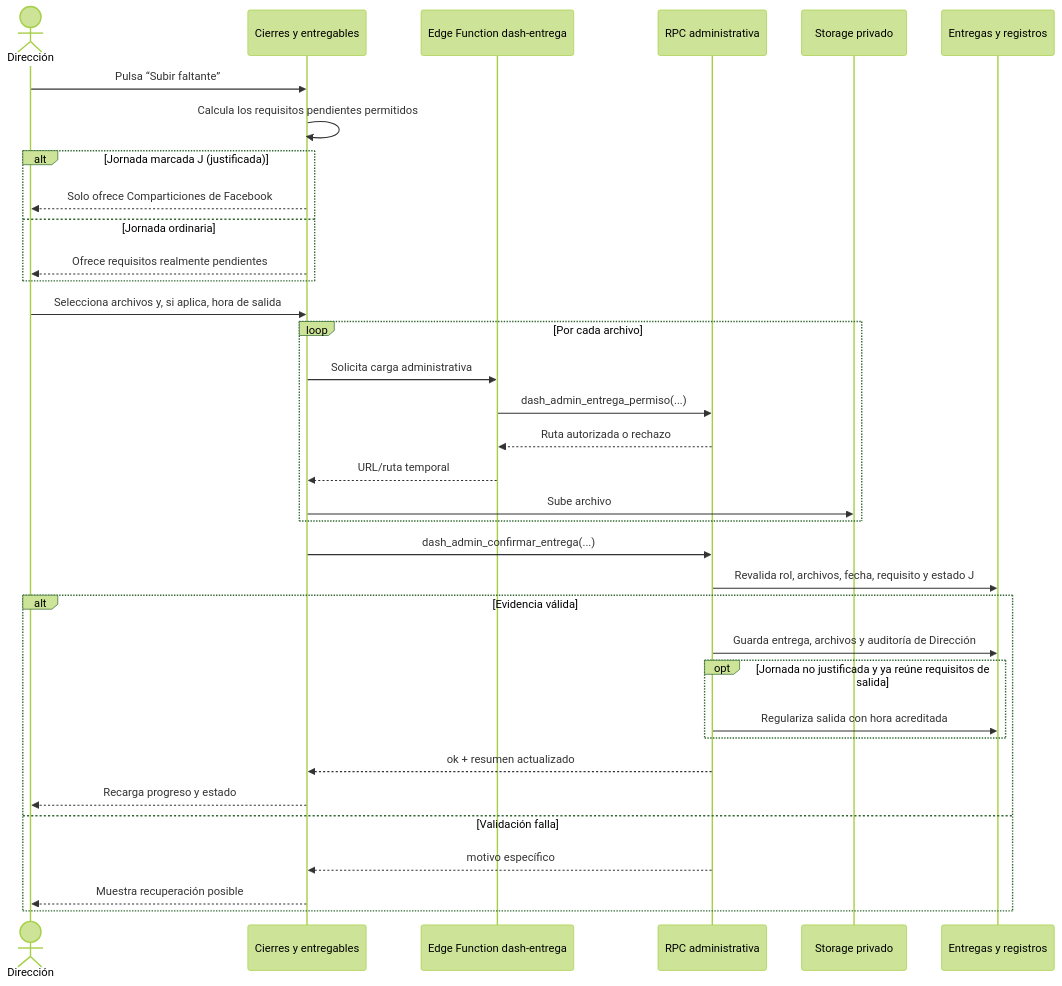
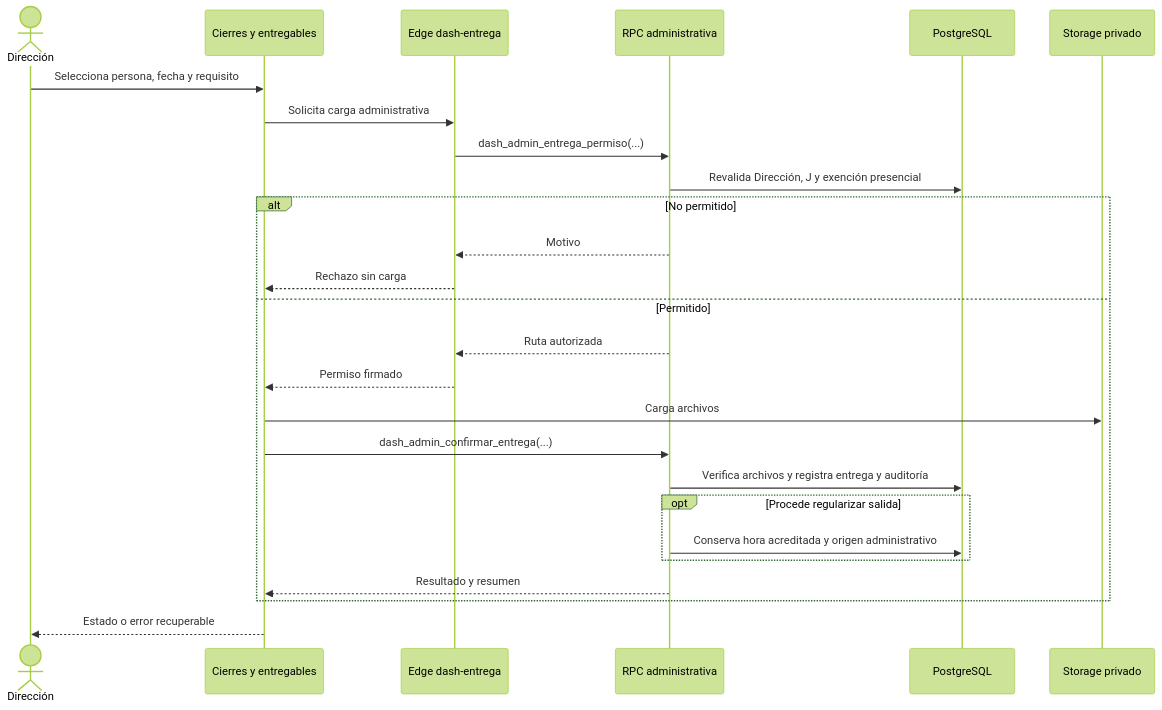
The sixth of 22 diagrams in docs/20-diagramas-secuencia-administracion.md (kjabienestar-ux/KJA), drawn with Mermaid (forest theme) before and after one commit. The commit also changed other lines of this file and 4 other files, not shown here.

````diff
--- a/docs/20-diagramas-secuencia-administracion.md
+++ b/docs/20-diagramas-secuencia-administracion.md
@@ -173,38 +187,28 @@
 ```mermaid
 sequenceDiagram
-    actor Dir as Dirección
-    participant Web as Cierres y entregables
-    participant Edge as Edge Function dash-entrega
-    participant RPC as RPC administrativa
-    participant Storage as Storage privado
-    participant DB as Entregas y registros
-
-    Dir->>Web: Pulsa “Subir faltante”
-    Web->>Web: Calcula los requisitos pendientes permitidos
-    alt Jornada marcada J (justificada)
-        Web-->>Dir: Solo ofrece Comparticiones de Facebook
-    else Jornada ordinaria
-        Web-->>Dir: Ofrece requisitos realmente pendientes
+    actor U as Dirección
+    participant W as Cierres y entregables
+    participant E as Edge dash-entrega
+    participant R as RPC administrativa
+    participant B as PostgreSQL
+    participant S as Storage privado
+    U->>W: Selecciona persona, fecha y requisito
+    W->>E: Solicita carga administrativa
+    E->>R: dash_admin_entrega_permiso(...)
+    R->>B: Revalida Dirección, J y exención presencial
+    alt No permitido
+    R-->>E: Motivo
+    E-->>W: Rechazo sin carga
+    else Permitido
+    R-->>E: Ruta autorizada
+    E-->>W: Permiso firmado
+    W->>S: Carga archivos
+    W->>R: dash_admin_confirmar_entrega(...)
+    R->>B: Verifica archivos y registra entrega y auditoría
+    opt Procede regularizar salida
+    R->>B: Conserva hora acreditada y origen administrativo
     end
-    Dir->>Web: Selecciona archivos y, si aplica, hora de salida
-    loop Por cada archivo
-        Web->>Edge: Solicita carga administrativa
-        Edge->>RPC: dash_admin_entrega_permiso(...)
-        RPC-->>Edge: Ruta autorizada o rechazo
-        Edge-->>Web: URL/ruta temporal
-        Web->>Storage: Sube archivo
+    R-->>W: Resultado y resumen
     end
-    Web->>RPC: dash_admin_confirmar_entrega(...)
-    RPC->>DB: Revalida rol, archivos, fecha, requisito y estado J
-    alt Evidencia válida
-        RPC->>DB: Guarda entrega, archivos y auditoría de Dirección
-        opt Jornada no justificada y ya reúne requisitos de salida
-            RPC->>DB: Regulariza salida con hora acreditada
-        end
-        RPC-->>Web: ok + resumen actualizado
-        Web-->>Dir: Recarga progreso y estado
-    else Validación falla
-        RPC-->>Web: motivo específico
-        Web-->>Dir: Muestra recuperación posible
-    end
+    W-->>U: Estado o error recuperable
 ```
````
